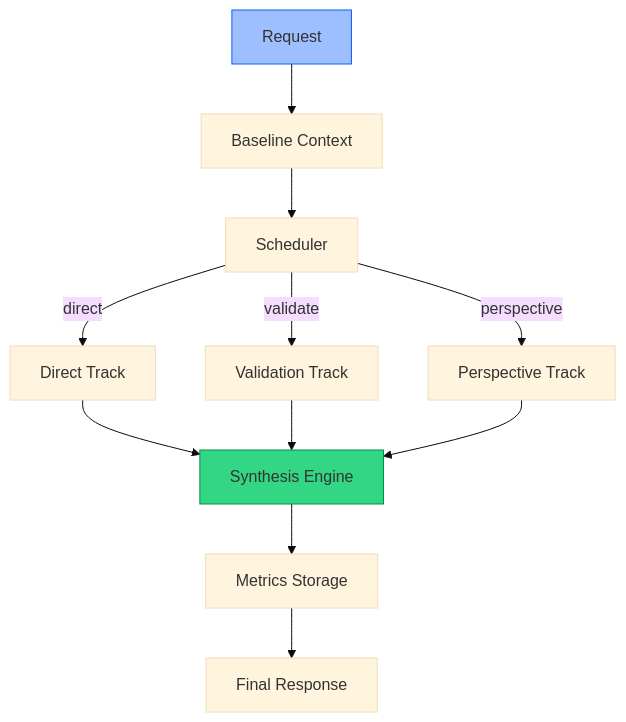
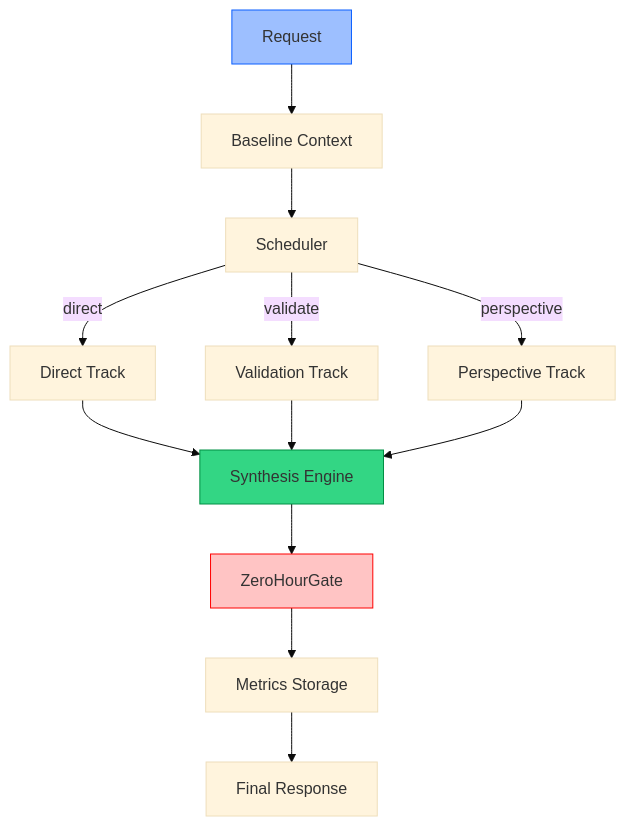
Before and after one commit to vegasninja82/Space-bound_AI: the diagram in README.md, drawn with Mermaid (base theme). The commit also changed other lines of this file, not shown here.

Commit message:
Update README: Add ZeroHourGate and Reality Feed documentation, fix test count from 47 to 51

````diff
--- a/README.md
+++ b/README.md
@@ -47,15 +49,17 @@
 ```mermaid
 flowchart TD
   A[Request] --> B[Baseline Context]
   B --> C[Scheduler]
   C -->|direct| D[Direct Track]
   C -->|validate| E[Validation Track]
   C -->|perspective| F[Perspective Track]
   D --> G[Synthesis Engine]
   E --> G
   F --> G
-  G --> H[Metrics Storage]
-  H --> I[Final Response]
+  G --> H[ZeroHourGate]
+  H --> I[Metrics Storage]
+  I --> J[Final Response]
   style A fill:#0b5fff66,stroke:#0b5fff,stroke-width:1px
   style G fill:#00cc66cc,stroke:#008f44,stroke-width:1px
+  style H fill:#ff6b6b66,stroke:#ff0000,stroke-width:1px
 ```
````
